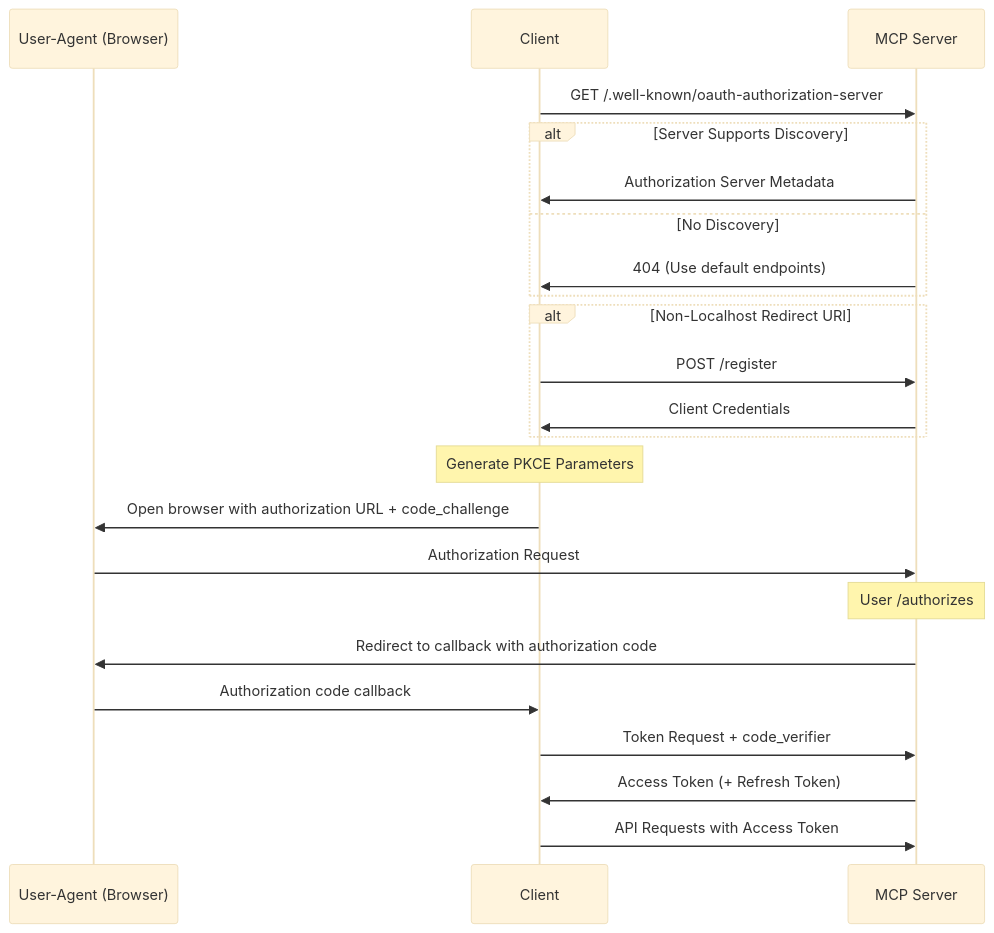
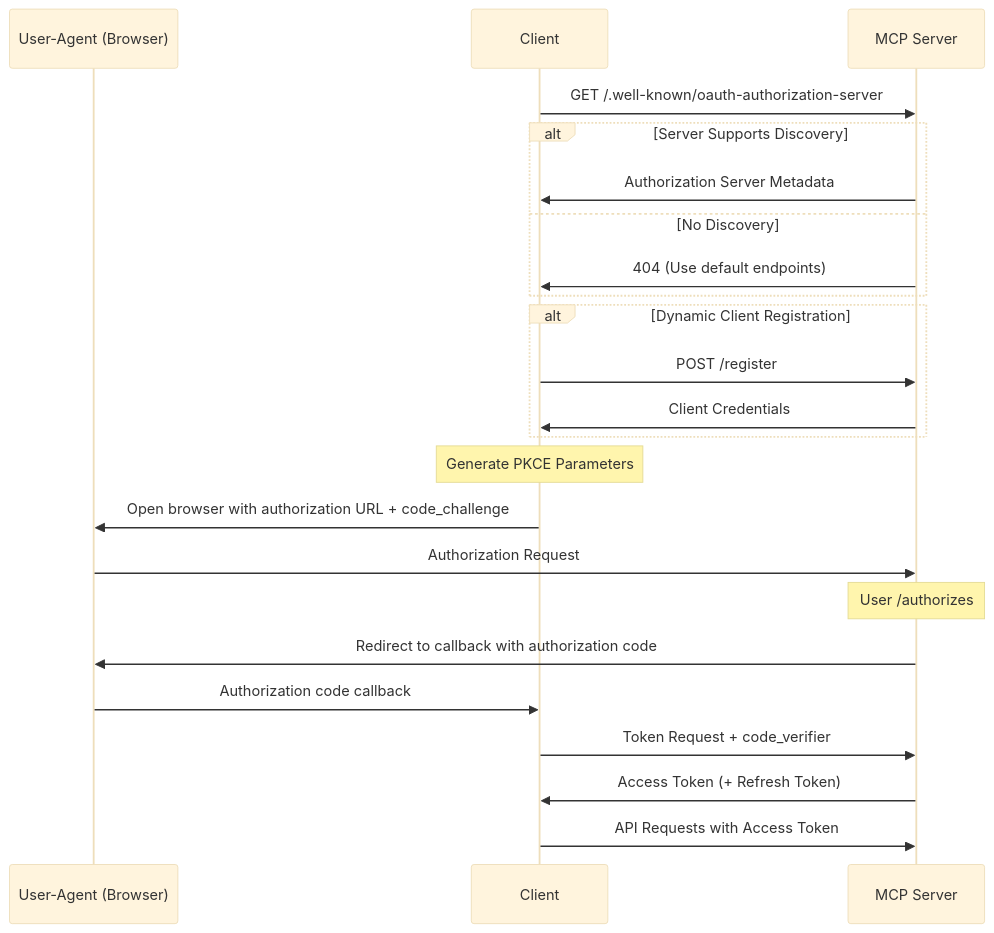
One commit to zcstarr/modelcontextprotocol changed the third of 5 diagrams in docs/specification/draft/basic/authorization.md. Above: the diagram before and after it, drawn with Mermaid (base theme). The commit also changed other lines of this file, not shown here.

Commit message:
Remove localhost exemptions for client ID

````diff
--- a/docs/specification/draft/basic/authorization.md
+++ b/docs/specification/draft/basic/authorization.md
@@ -179,28 +163,28 @@
 ```mermaid
 sequenceDiagram
     participant B as User-Agent (Browser)
     participant C as Client
     participant M as MCP Server
 
     C->>M: GET /.well-known/oauth-authorization-server
     alt Server Supports Discovery
         M->>C: Authorization Server Metadata
     else No Discovery
         M->>C: 404 (Use default endpoints)
     end
 
-    alt Non-Localhost Redirect URI
+    alt Dynamic Client Registration
         C->>M: POST /register
         M->>C: Client Credentials
     end
 
     Note over C: Generate PKCE Parameters
     C->>B: Open browser with authorization URL + code_challenge
     B->>M: Authorization Request
     Note over M: User /authorizes
     M->>B: Redirect to callback with authorization code
     B->>C: Authorization code callback
     C->>M: Token Request + code_verifier
     M->>C: Access Token (+ Refresh Token)
     C->>M: API Requests with Access Token
 ```
````
